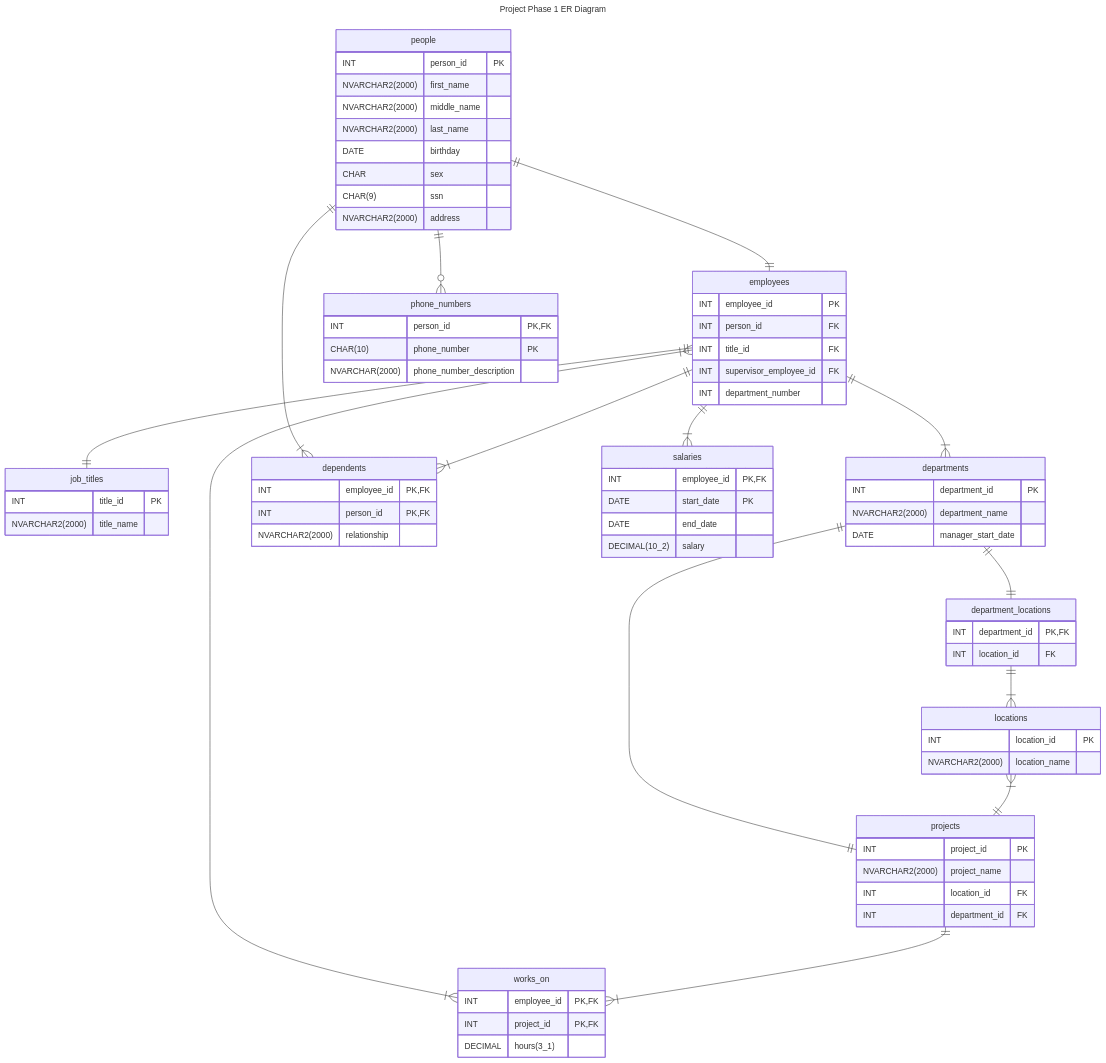
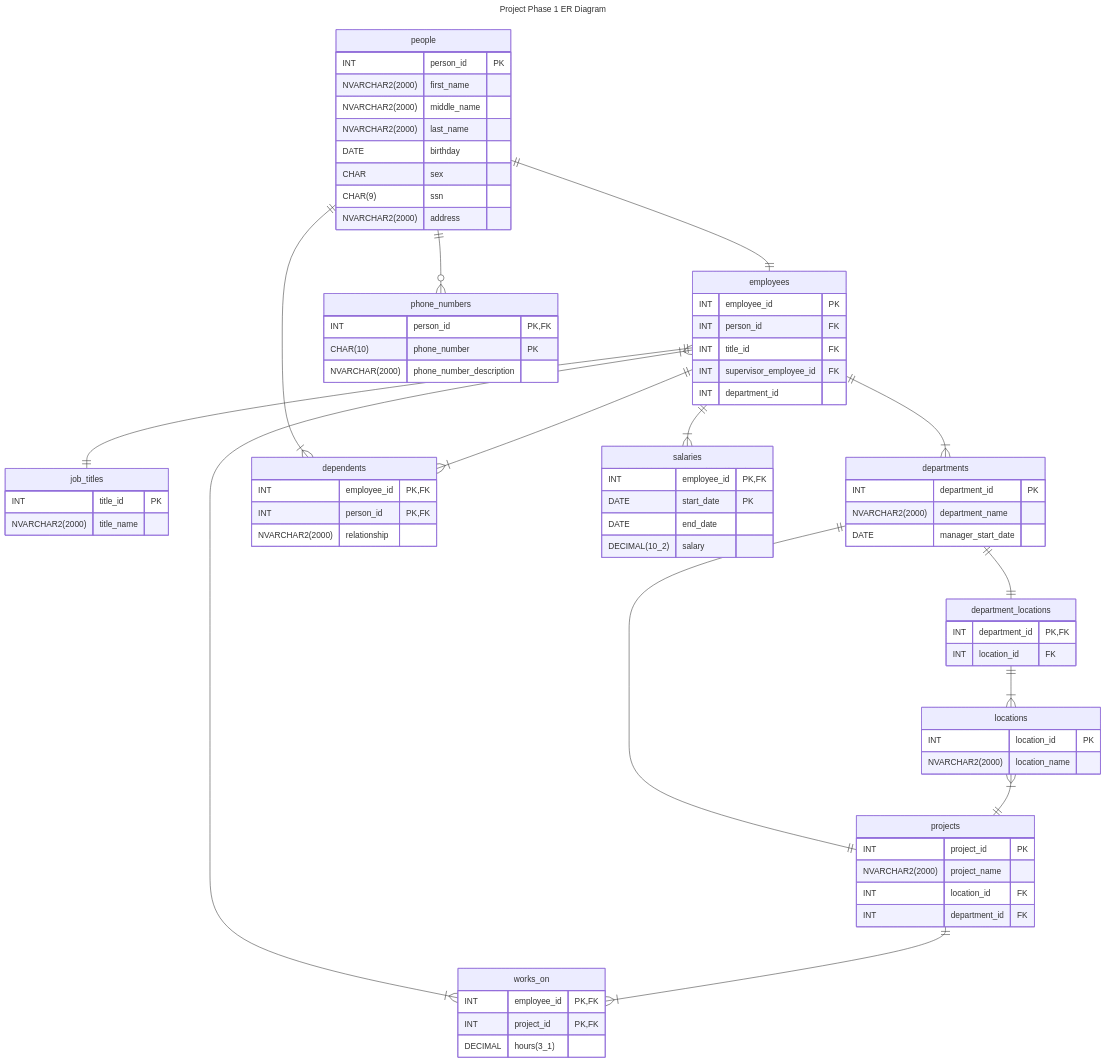
Before and after one commit to pbinspanish/comp-4150-project: the diagram in README.md, drawn with Mermaid.

Commit message:
fix department_id name in schema

```diff
--- a/README.md
+++ b/README.md
@@ -19,7 +19,7 @@
 		INT person_id FK
 		INT title_id FK
 		INT supervisor_employee_id FK
-		INT department_number
+		INT department_id
 	}
 
 	job_titles {
```
